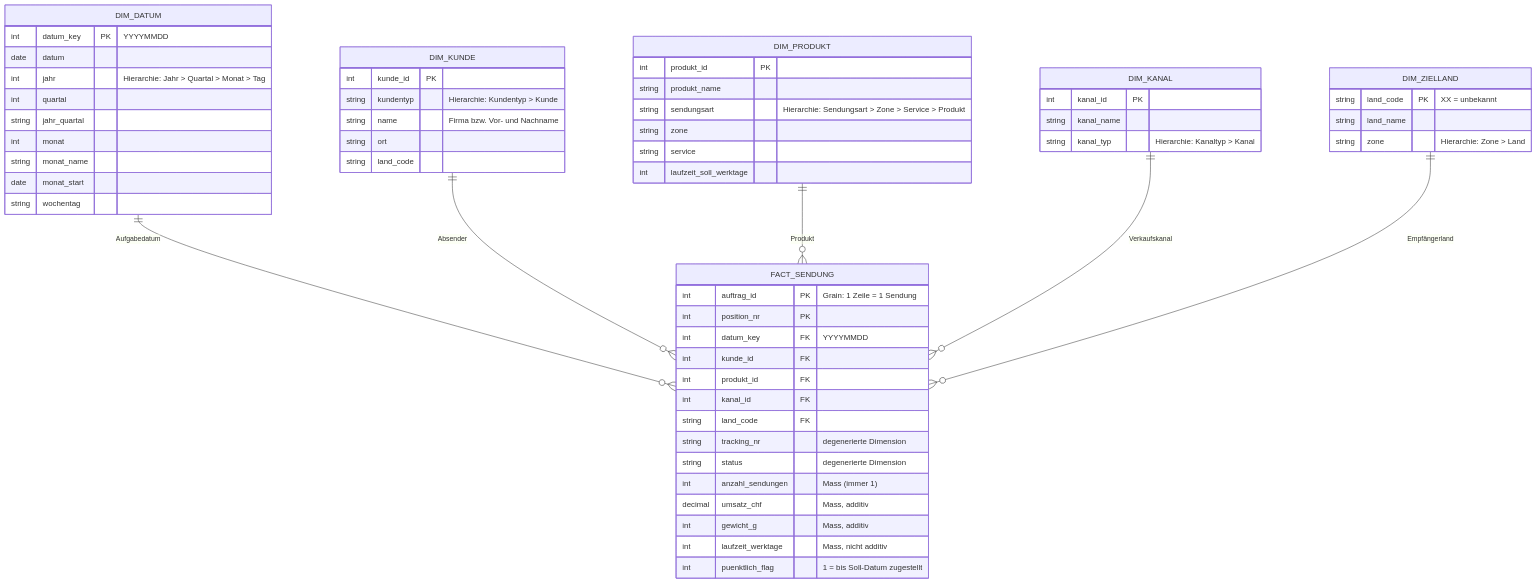
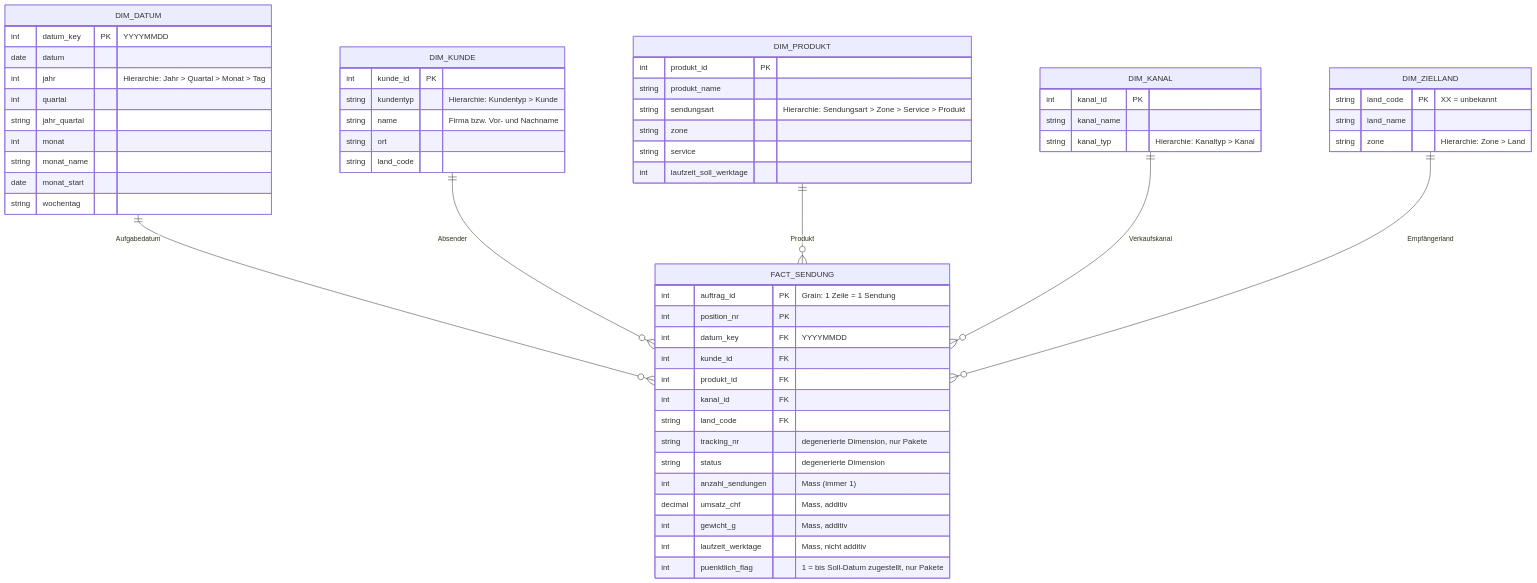
The second of 3 diagrams in bericht/bericht.md (taar1/ZHAW_DB_DQH_Leistungsnachweis), drawn with Mermaid before and after one commit. The commit also changed other lines of this file and 10 other files, not shown here.

````diff
--- a/bericht/bericht.md
+++ b/bericht/bericht.md
@@ -383,61 +406,61 @@
 ```mermaid
 erDiagram
     DIM_DATUM ||--o{ FACT_SENDUNG : "Aufgabedatum"
     DIM_KUNDE ||--o{ FACT_SENDUNG : "Absender"
     DIM_PRODUKT ||--o{ FACT_SENDUNG : "Produkt"
     DIM_KANAL ||--o{ FACT_SENDUNG : "Verkaufskanal"
     DIM_ZIELLAND ||--o{ FACT_SENDUNG : "Empfängerland"
 
     FACT_SENDUNG {
         int auftrag_id PK "Grain: 1 Zeile = 1 Sendung"
         int position_nr PK
         int datum_key FK "YYYYMMDD"
         int kunde_id FK
         int produkt_id FK
         int kanal_id FK
         string land_code FK
-        string tracking_nr "degenerierte Dimension"
+        string tracking_nr "degenerierte Dimension, nur Pakete"
         string status "degenerierte Dimension"
         int anzahl_sendungen "Mass (immer 1)"
         decimal umsatz_chf "Mass, additiv"
         int gewicht_g "Mass, additiv"
         int laufzeit_werktage "Mass, nicht additiv"
-        int puenktlich_flag "1 = bis Soll-Datum zugestellt"
+        int puenktlich_flag "1 = bis Soll-Datum zugestellt, nur Pakete"
     }
     DIM_DATUM {
         int datum_key PK "YYYYMMDD"
         date datum
         int jahr "Hierarchie: Jahr > Quartal > Monat > Tag"
         int quartal
         string jahr_quartal
         int monat
         string monat_name
         date monat_start
         string wochentag
     }
     DIM_KUNDE {
         int kunde_id PK
         string kundentyp "Hierarchie: Kundentyp > Kunde"
         string name "Firma bzw. Vor- und Nachname"
         string ort
         string land_code
     }
     DIM_PRODUKT {
         int produkt_id PK
         string produkt_name
         string sendungsart "Hierarchie: Sendungsart > Zone > Service > Produkt"
         string zone
         string service
         int laufzeit_soll_werktage
     }
     DIM_KANAL {
         int kanal_id PK
         string kanal_name
         string kanal_typ "Hierarchie: Kanaltyp > Kanal"
     }
     DIM_ZIELLAND {
         string land_code PK "XX = unbekannt"
         string land_name
         string zone "Hierarchie: Zone > Land"
     }
 ```
````
